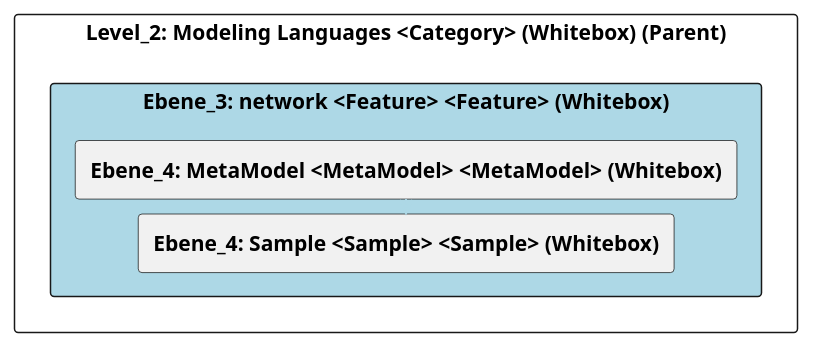
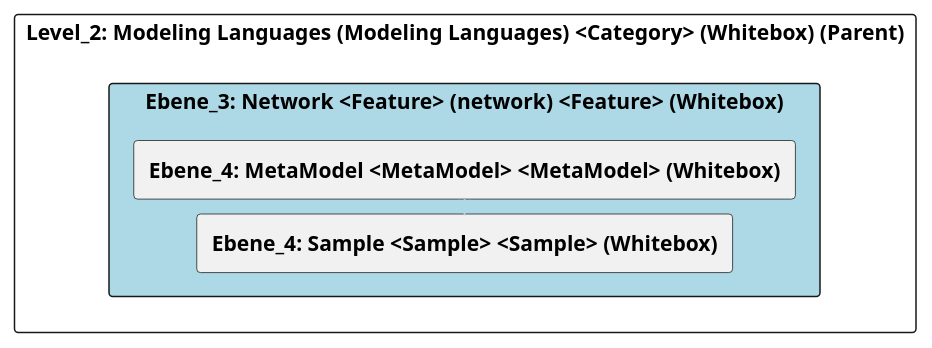
Before and after one commit to marcozwyssig/cleon: the diagram in doc/cleonproject_deliverables_architecture_model_architecture/adoc/de/05_bausteinsicht/cleon/modeling_languages/network/ebene_3_network.adoc, drawn with PlantUML. The commit also changed other lines of this file and 166 other files, not shown here.

```diff
--- a/doc/cleonproject_deliverables_architecture_model_architecture/adoc/de/05_bausteinsicht/cleon/modeling_languages/network/ebene_3_network.adoc
+++ b/doc/cleonproject_deliverables_architecture_model_architecture/adoc/de/05_bausteinsicht/cleon/modeling_languages/network/ebene_3_network.adoc
@@ -20,28 +20,28 @@
-[plantuml, Ebene_3: network <Feature> <Feature> (Whitebox)BlockOverview, format="svg"]
+[plantuml, Ebene_3: Network <Feature> (network) <Feature> (Whitebox)BlockOverview, format="svg"]
 ----
-@startuml Ebene_3: network <Feature> <Feature> (Whitebox)BuildingBlockOverview
+@startuml Ebene_3: Network <Feature> (network) <Feature> (Whitebox)BuildingBlockOverview
 
 skinparam ranksep 10
 skinparam componentStyle rectangle
 skinparam shadowing false
 skinparam arrowColor lightblue
 skinparam arrowThickness 1.2
 skinparam rectangle {
   BackgroundColor White
   BorderColor #333
   RoundCorner 10
 }
 top to bottom direction
 
-component "Level_2: Modeling Languages <Category> (Whitebox) (Parent)" {
-    component "Ebene_3: network <Feature> <Feature> (Whitebox)" #lightblue {
+component "Level_2: Modeling Languages (Modeling Languages) <Category> (Whitebox) (Parent)" {
+    component "Ebene_3: Network <Feature> (network) <Feature> (Whitebox)" #lightblue {
         [**Ebene_4: MetaModel <MetaModel> <MetaModel> (Whitebox)**] as 4A570572_D579_11EE_903E_9F564E4DE07E
         [**Ebene_4: Sample <Sample> <Sample> (Whitebox)**] as 4A56DE48_D579_11EE_903E_9F564E4DE07E
     }
 
     4A570572_D579_11EE_903E_9F564E4DE07E -down-> 4A56DE48_D579_11EE_903E_9F564E4DE07E
     
 }
 
 @enduml
 ----
```
